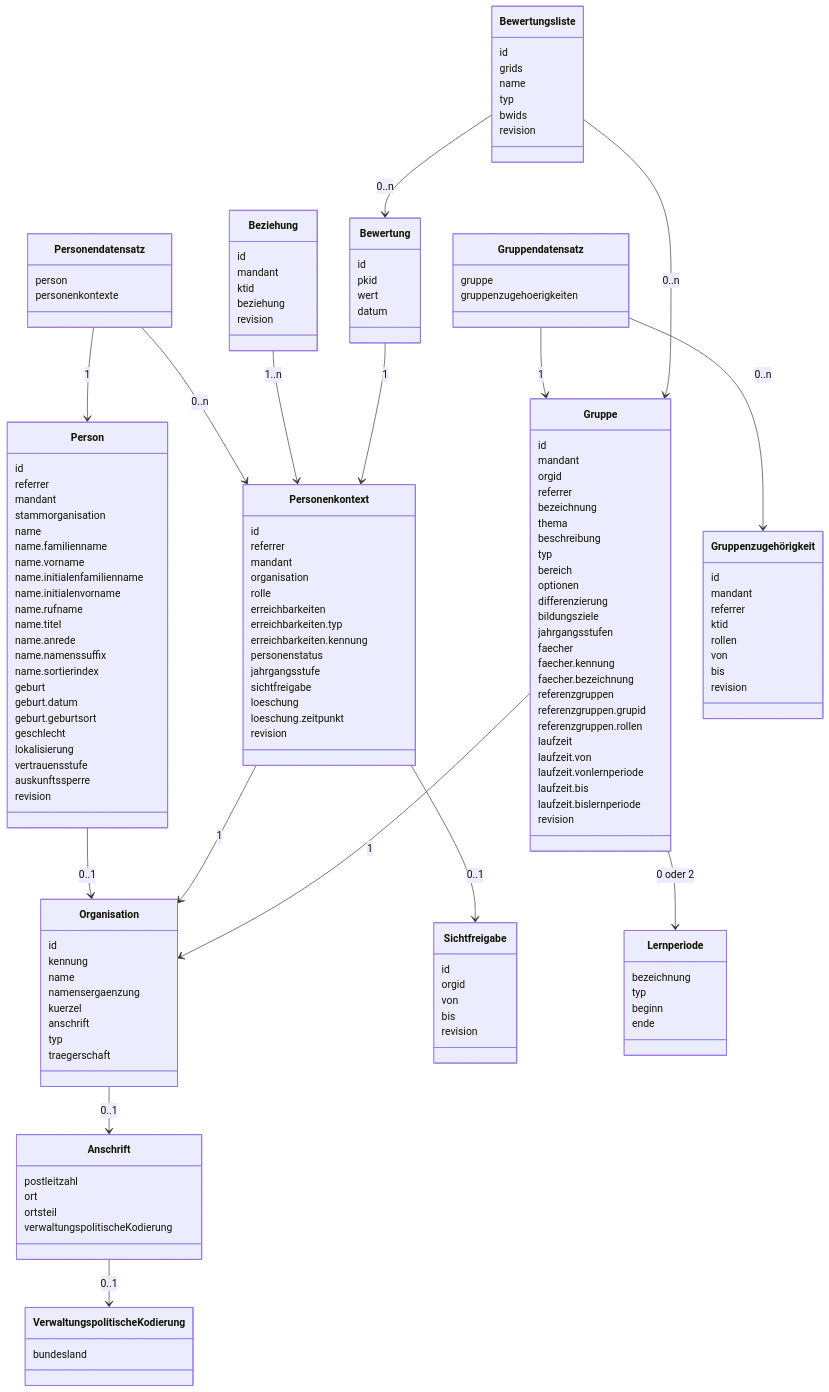
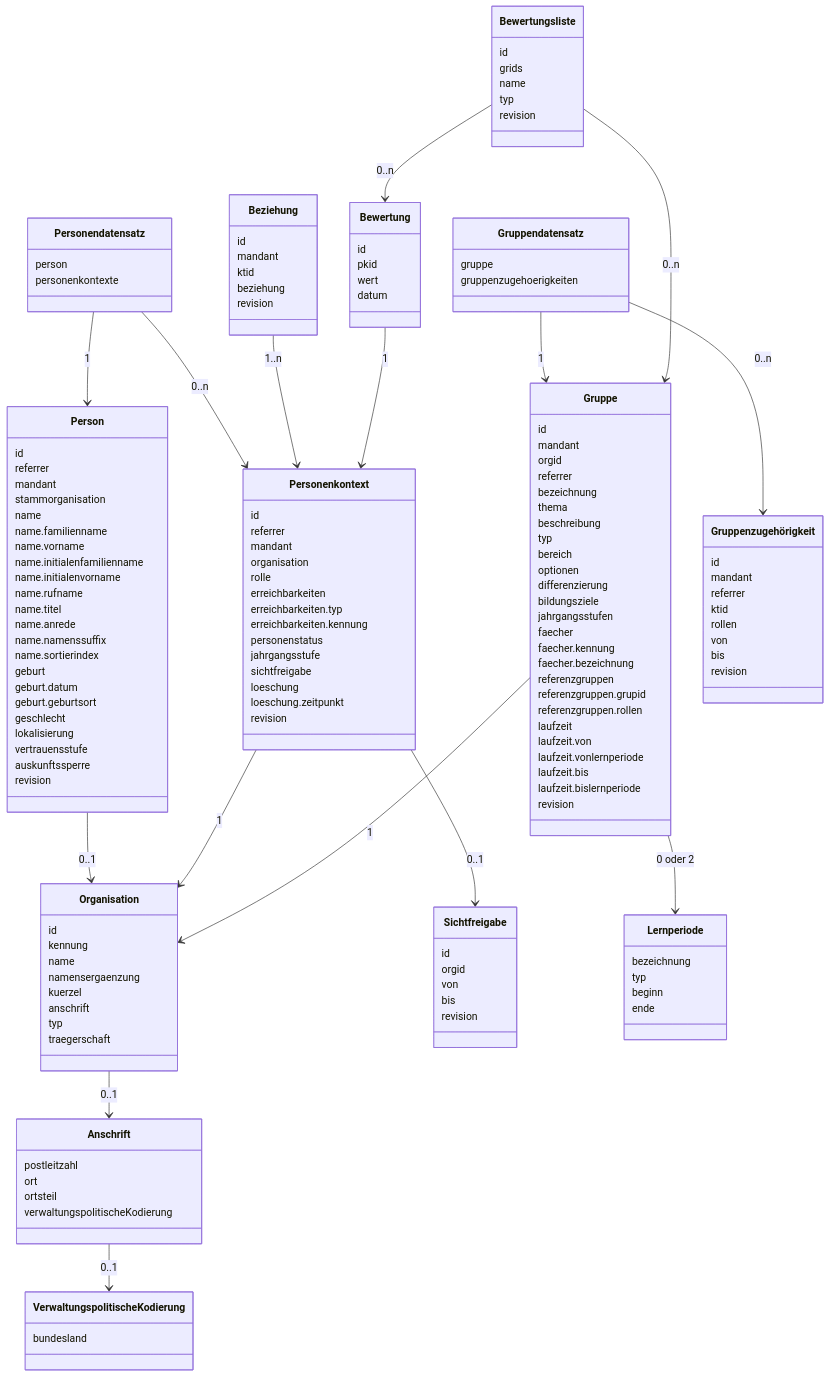
One commit to Schulconnex/Schulconnex changed the diagram in docs/datenmodell-qs/datenmodell.md. Above: the diagram before and after it, drawn with Mermaid. The commit also changed 12 other files, not shown here.

```diff
--- a/docs/datenmodell-qs/datenmodell.md
+++ b/docs/datenmodell-qs/datenmodell.md
@@ -158,7 +158,6 @@
     grids
     name
     typ
-    bwids
     revision
   }
    class Bewertung {
```
